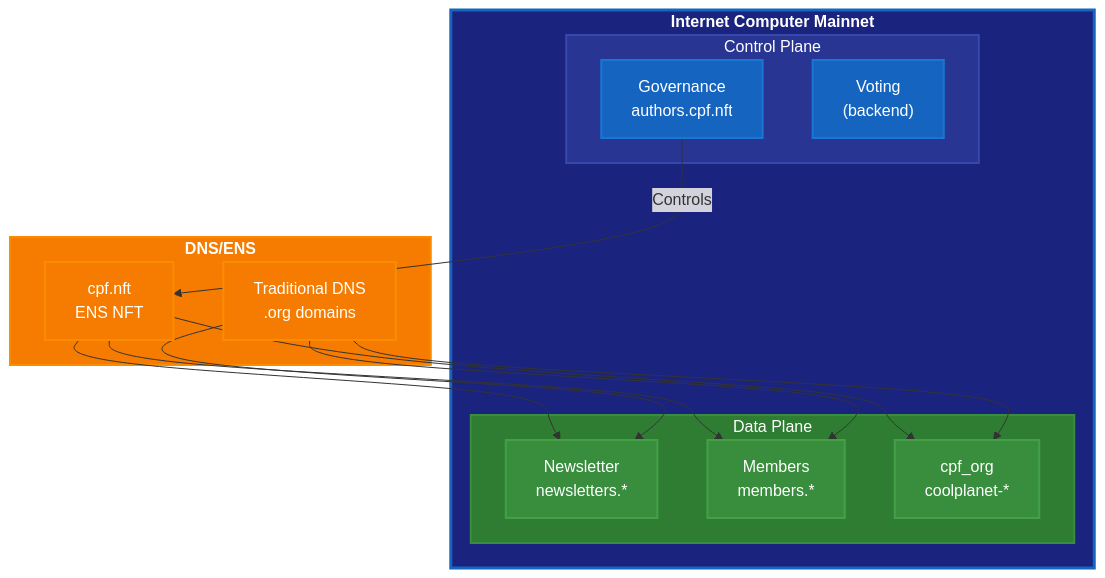
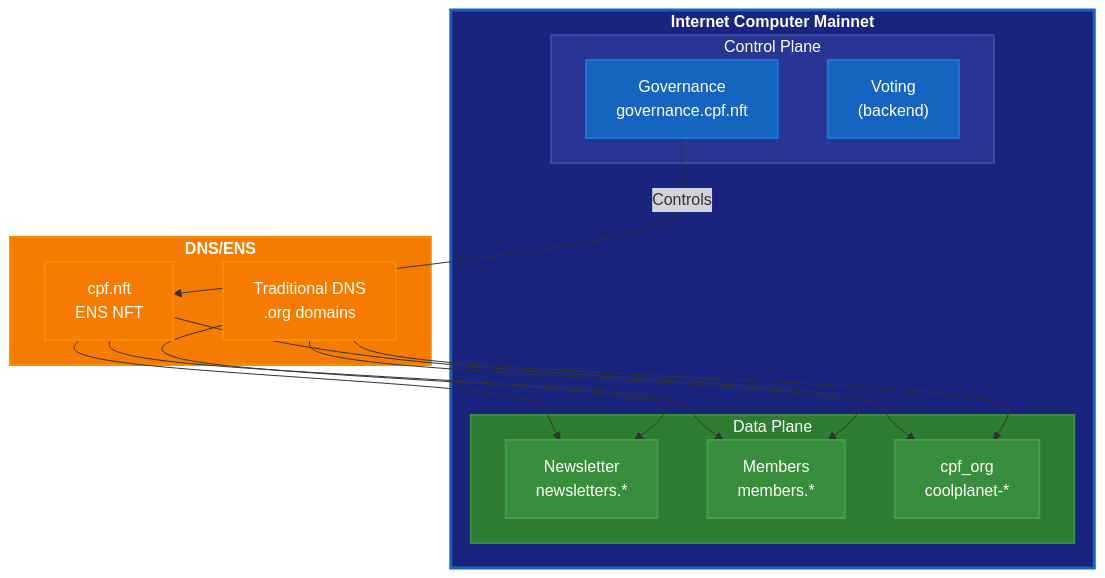
Diagram 18 of 18 in docs/architecture/canister-architecture-diagram.md (john-ngeni/cpp_icp_platform), drawn with Mermaid before and after one commit. The commit also changed other lines of this file and 10 other files, not shown here.

First line of the commit message:
refactor: rename control plane to governance.cpf.nft and restructure user journey

````diff
--- a/docs/architecture/canister-architecture-diagram.md
+++ b/docs/architecture/canister-architecture-diagram.md
@@ -1301,43 +1301,43 @@
 ```mermaid
 graph TB
     subgraph IC["<b>Internet Computer Mainnet</b>"]
         style IC fill:#1a237e,stroke:#1565c0,stroke-width:3px,color:#ffffff
 
         subgraph CONTROL_CANISTERS["Control Plane"]
             style CONTROL_CANISTERS fill:#283593,stroke:#3949ab,stroke-width:2px,color:#ffffff
-            GOV_PROD["Governance<br/>authors.cpf.nft"]
+            GOV_PROD["Governance<br/>governance.cpf.nft"]
             VOTE_PROD["Voting<br/>(backend)"]
         end
 
         subgraph DATA_CANISTERS["Data Plane"]
             style DATA_CANISTERS fill:#2e7d32,stroke:#388e3c,stroke-width:2px,color:#ffffff
             NEWS_PROD["Newsletter<br/>newsletters.*"]
             MEM_PROD["Members<br/>members.*"]
             ORG_PROD["cpf_org<br/>coolplanet-*"]
         end
     end
 
     subgraph DNS["<b>DNS/ENS</b>"]
         style DNS fill:#f57c00,stroke:#fb8c00,stroke-width:2px,color:#ffffff
 
         ENS_NFT["cpf.nft<br/>ENS NFT"]
         TRAD_DNS["Traditional DNS<br/>.org domains"]
     end
 
     GOV_PROD -->|Controls| ENS_NFT
     ENS_NFT --> NEWS_PROD
     ENS_NFT --> MEM_PROD
     ENS_NFT --> ORG_PROD
 
     TRAD_DNS --> NEWS_PROD
     TRAD_DNS --> MEM_PROD
     TRAD_DNS --> ORG_PROD
 
     classDef prodNode fill:#1565c0,stroke:#1976d2,stroke-width:2px,color:#ffffff
     classDef dataNode fill:#388e3c,stroke:#43a047,stroke-width:2px,color:#ffffff
     classDef dnsNode fill:#f57c00,stroke:#fb8c00,stroke-width:2px,color:#ffffff
 
     class GOV_PROD,VOTE_PROD prodNode
     class NEWS_PROD,MEM_PROD,ORG_PROD dataNode
     class ENS_NFT,TRAD_DNS dnsNode
 ```
````
